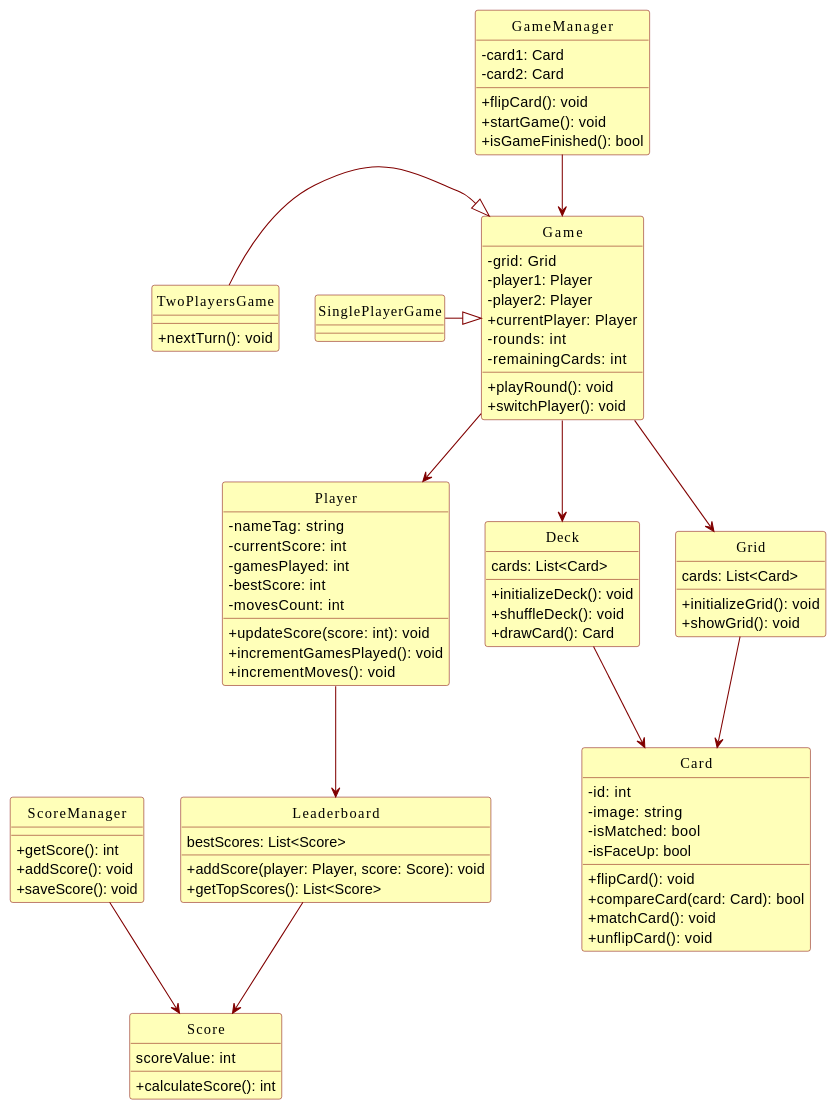
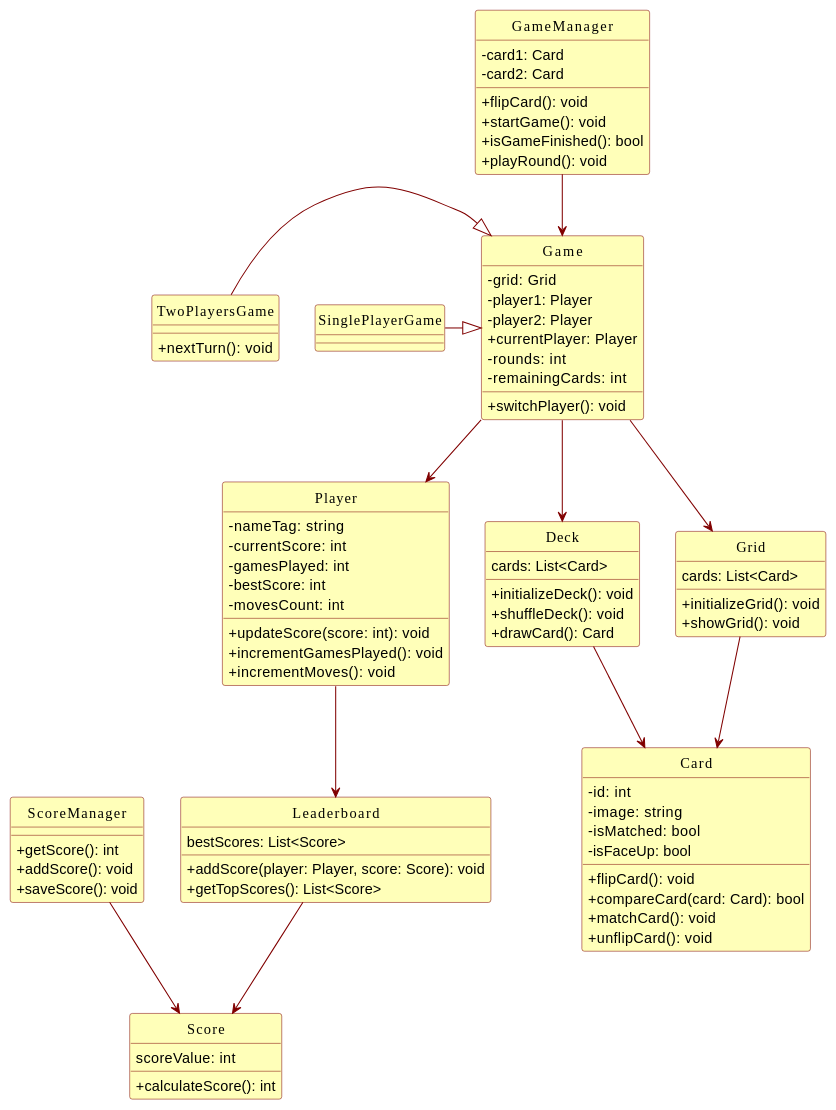
One commit to PosiTr0n505/Game-Memory changed the diagram in src/Docs/Diagrammes/classes.md. Above: the diagram before and after it, drawn with PlantUML. The commit also changed other lines of this file, not shown here.

Commit message:
Mise à jour de 'src/Docs/Diagrammes/classes.md'

```diff
--- a/src/Docs/Diagrammes/classes.md
+++ b/src/Docs/Diagrammes/classes.md
@@ -54,7 +54,6 @@
 + currentPlayer: Player
 - rounds: int
 - remainingCards: int
-+ playRound(): void
 + switchPlayer(): void
 }
 
@@ -66,6 +65,7 @@
 + flipCard(): void
 + startGame(): void
 + isGameFinished(): bool
++ playRound(): void
 }
 
 ' Classe ScoreManager
```
